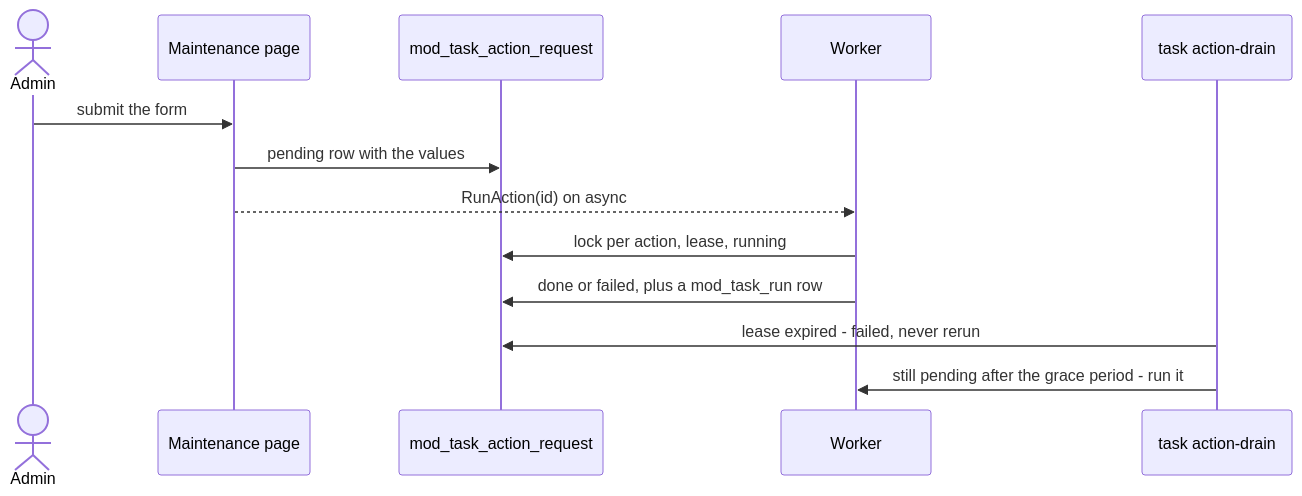
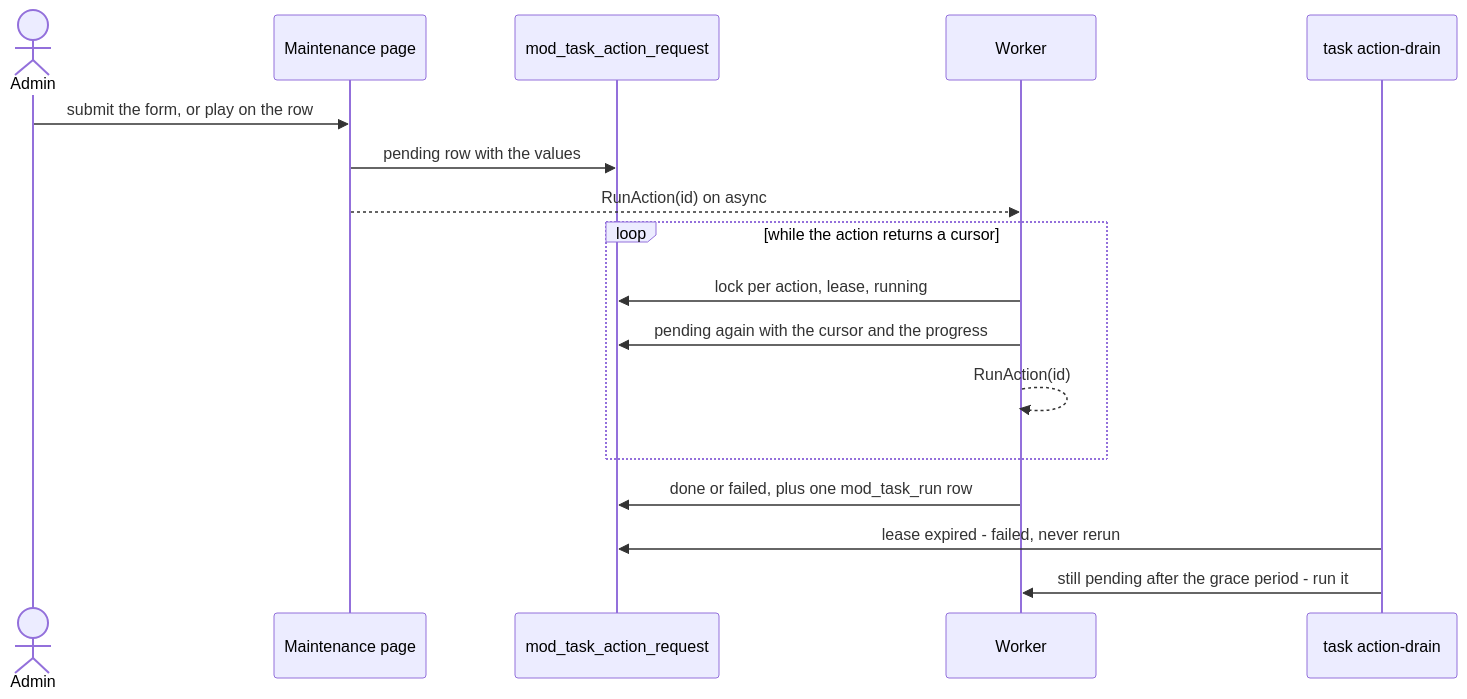
The second of 2 diagrams in modules/task/README.md (xuedi/meetagain), drawn with Mermaid before and after one commit. The commit also changed other lines of this file and 30 other files, not shown here.

````diff
--- a/modules/task/README.md
+++ b/modules/task/README.md
@@ -76,15 +76,19 @@
 ```mermaid
 sequenceDiagram
     actor Admin
     participant Page as Maintenance page
     participant Row as mod_task_action_request
     participant Worker
     participant Drain as task action-drain
-    Admin->>Page: submit the form
+    Admin->>Page: submit the form, or play on the row
     Page->>Row: pending row with the values
     Page-->>Worker: RunAction(id) on async
-    Worker->>Row: lock per action, lease, running
-    Worker->>Row: done or failed, plus a mod_task_run row
+    loop while the action returns a cursor
+        Worker->>Row: lock per action, lease, running
+        Worker->>Row: pending again with the cursor and the progress
+        Worker-->>Worker: RunAction(id)
+    end
+    Worker->>Row: done or failed, plus one mod_task_run row
     Drain->>Row: lease expired - failed, never rerun
     Drain->>Worker: still pending after the grace period - run it
 ```
````
